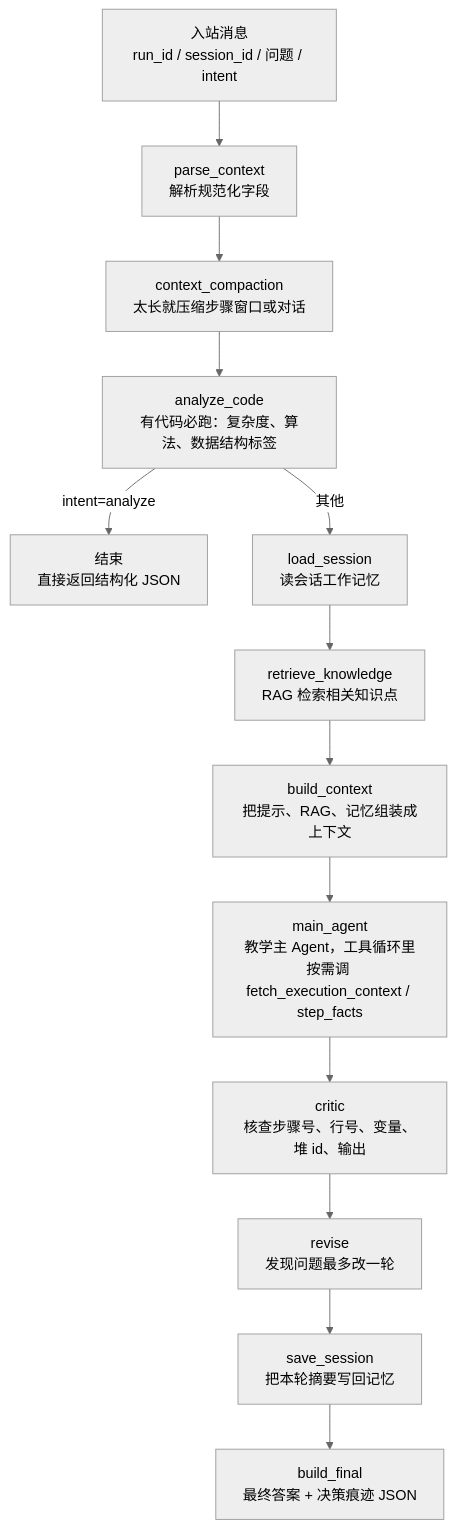
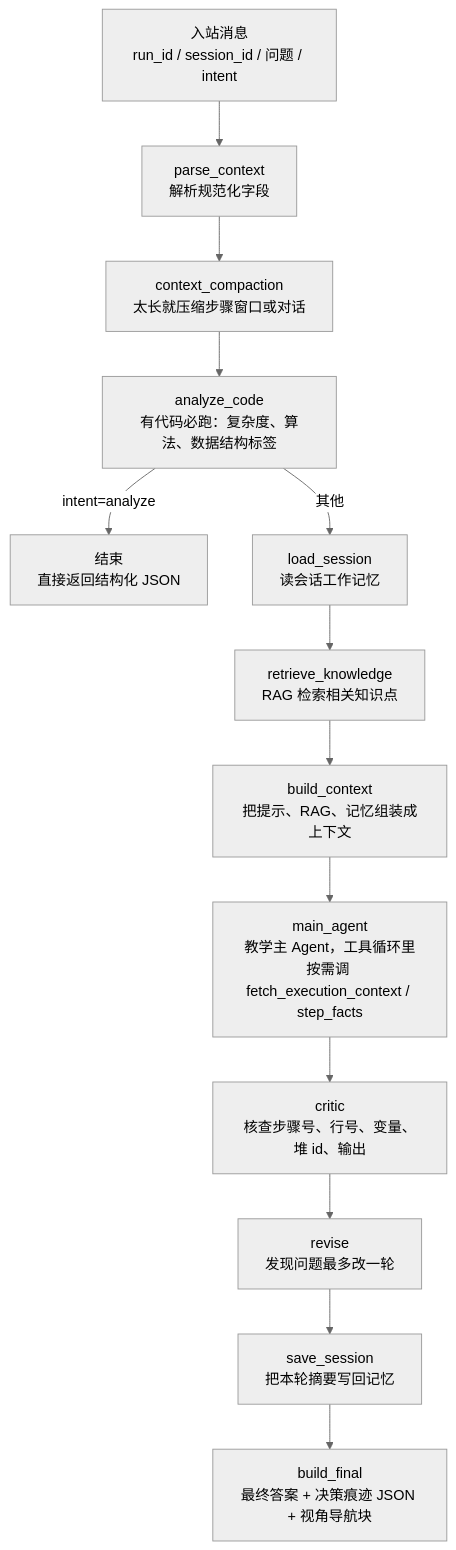
One commit to holycandle/javatutor-coze changed the diagram in docs/agent-collaboration-guide.md. Above: the diagram before and after it, drawn with Mermaid (neutral theme). The commit also changed other lines of this file and 2 other files, not shown here.

````diff
--- a/docs/agent-collaboration-guide.md
+++ b/docs/agent-collaboration-guide.md
@@ -7,15 +7,15 @@
 ```mermaid
 flowchart TD
     A[入站消息<br/>run_id / session_id / 问题 / intent] --> B[parse_context<br/>解析规范化字段]
     B --> C[context_compaction<br/>太长就压缩步骤窗口或对话]
     C --> D[analyze_code<br/>有代码必跑：复杂度、算法、数据结构标签]
     D -->|intent=analyze| Z[结束<br/>直接返回结构化 JSON]
     D -->|其他| E[load_session<br/>读会话工作记忆]
     E --> F[retrieve_knowledge<br/>RAG 检索相关知识点]
     F --> G[build_context<br/>把提示、RAG、记忆组装成上下文]
     G --> H[main_agent<br/>教学主 Agent，工具循环里按需调 fetch_execution_context / step_facts]
     H --> I[critic<br/>核查步骤号、行号、变量、堆 id、输出]
     I --> J[revise<br/>发现问题最多改一轮]
     J --> K[save_session<br/>把本轮摘要写回记忆]
-    K --> L[build_final<br/>最终答案 + 决策痕迹 JSON]
+    K --> L[build_final<br/>最终答案 + 决策痕迹 JSON + 视角导航块]
 ```
````
